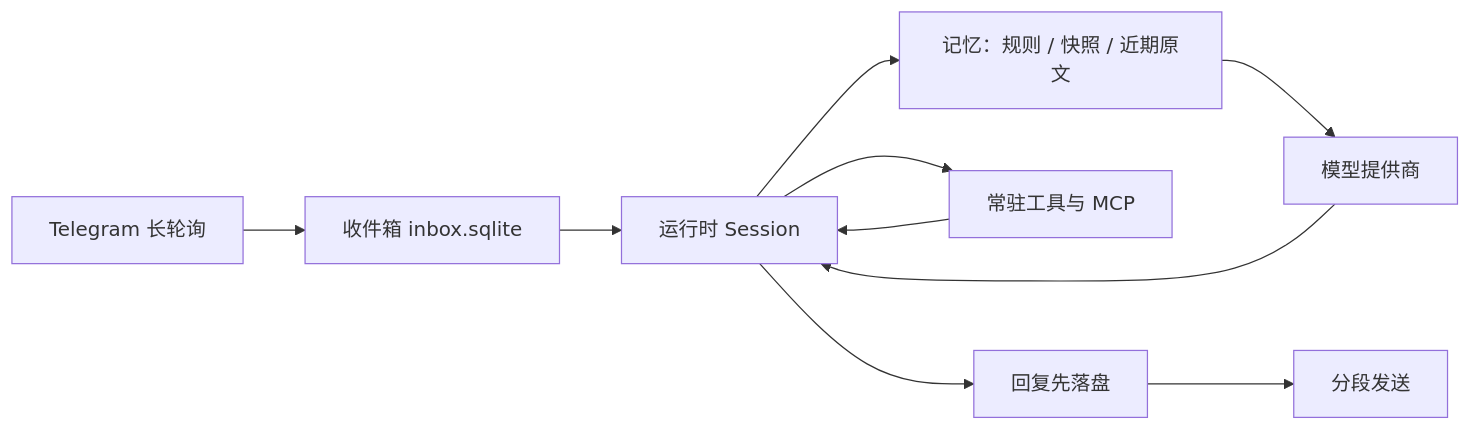
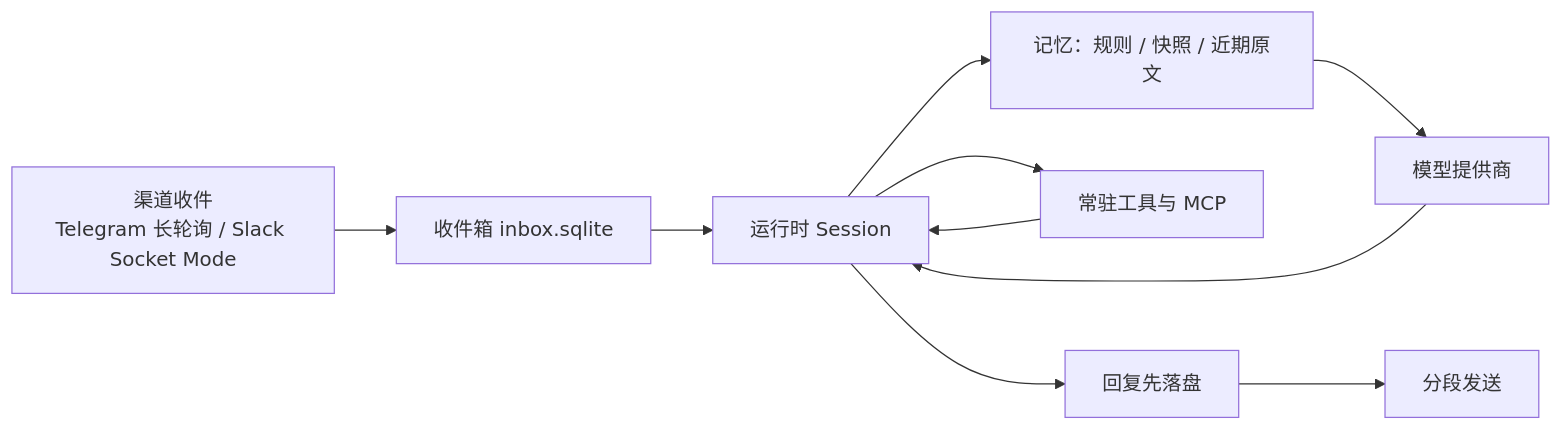
One commit to NaoYUN77/Aster changed the diagram in README.md. Above: the diagram before and after it, drawn with Mermaid. The commit also changed other lines of this file and 170 other files, not shown here.

````diff
--- a/README.md
+++ b/README.md
@@ -15,12 +15,12 @@
 ```mermaid
 flowchart LR
-  tg["Telegram 长轮询"] --> inbox["收件箱 inbox.sqlite"]
+  tg["渠道收件<br/>Telegram 长轮询 / Slack Socket Mode"] --> inbox["收件箱 inbox.sqlite"]
   inbox --> runtime["运行时 Session"]
   runtime --> memory["记忆：规则 / 快照 / 近期原文"]
   memory --> model["模型提供商"]
   runtime --> tools["常驻工具与 MCP"]
   tools --> runtime
   model --> runtime
   runtime --> saved["回复先落盘"]
   saved --> send["分段发送"]
 ```
````
